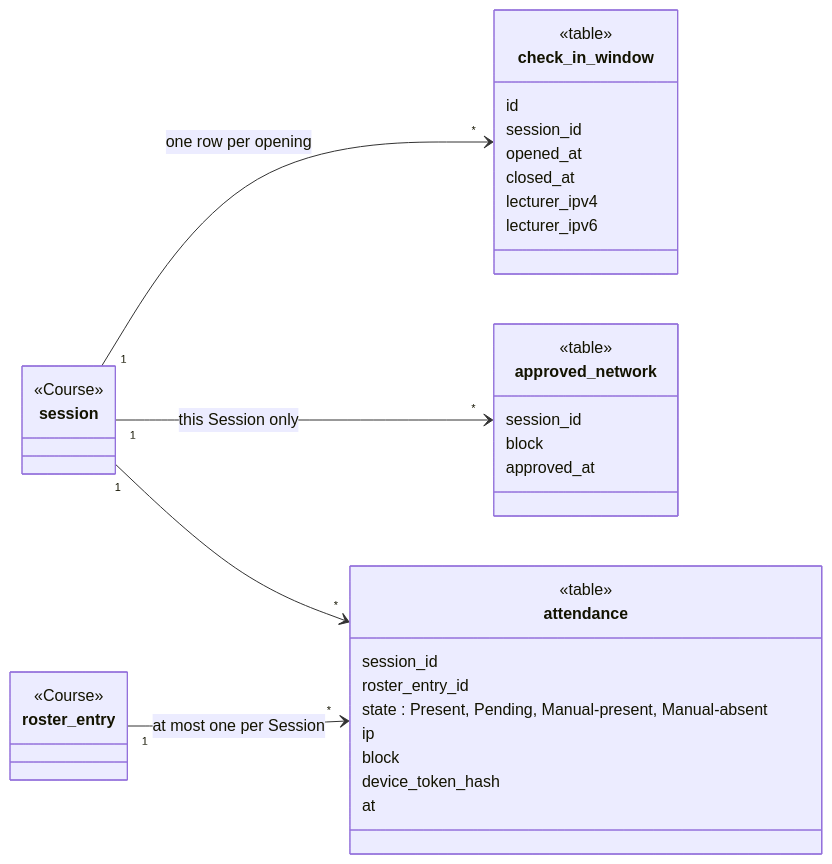
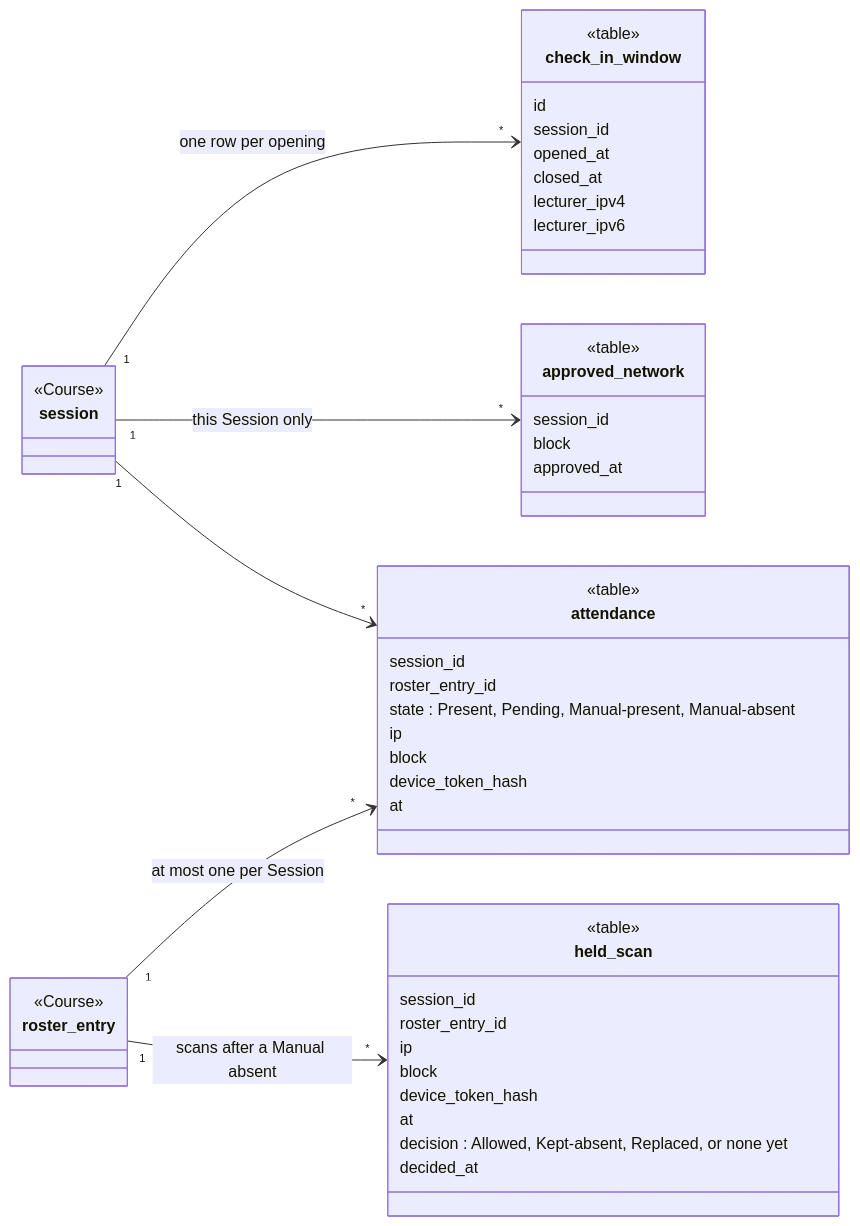
One commit to ofeq-dev/class-connect changed the third of 7 diagrams in docs/diagrams/class-diagram.md. Above: the diagram before and after it, drawn with Mermaid. The commit also changed other lines of this file and 18 other files, not shown here.

First line of the commit message:
Hold a QR scan after a Manual absent mark for the Lecturer to allow (#59)

````diff
--- a/docs/diagrams/class-diagram.md
+++ b/docs/diagrams/class-diagram.md
@@ -216,39 +216,51 @@
 ```mermaid
 classDiagram
   direction LR
   class session {
     <<Course>>
   }
   class roster_entry {
     <<Course>>
   }
   class check_in_window {
     <<table>>
     id
     session_id
     opened_at
     closed_at
     lecturer_ipv4
     lecturer_ipv6
   }
   class attendance {
     <<table>>
     session_id
     roster_entry_id
     state : Present, Pending, Manual-present, Manual-absent
     ip
     block
     device_token_hash
     at
   }
+  class held_scan {
+    <<table>>
+    session_id
+    roster_entry_id
+    ip
+    block
+    device_token_hash
+    at
+    decision : Allowed, Kept-absent, Replaced, or none yet
+    decided_at
+  }
   class approved_network {
     <<table>>
     session_id
     block
     approved_at
   }
   session "1" --> "*" check_in_window : one row per opening
   session "1" --> "*" approved_network : this Session only
   session "1" --> "*" attendance
   roster_entry "1" --> "*" attendance : at most one per Session
+  roster_entry "1" --> "*" held_scan : scans after a Manual absent
 ```
````
